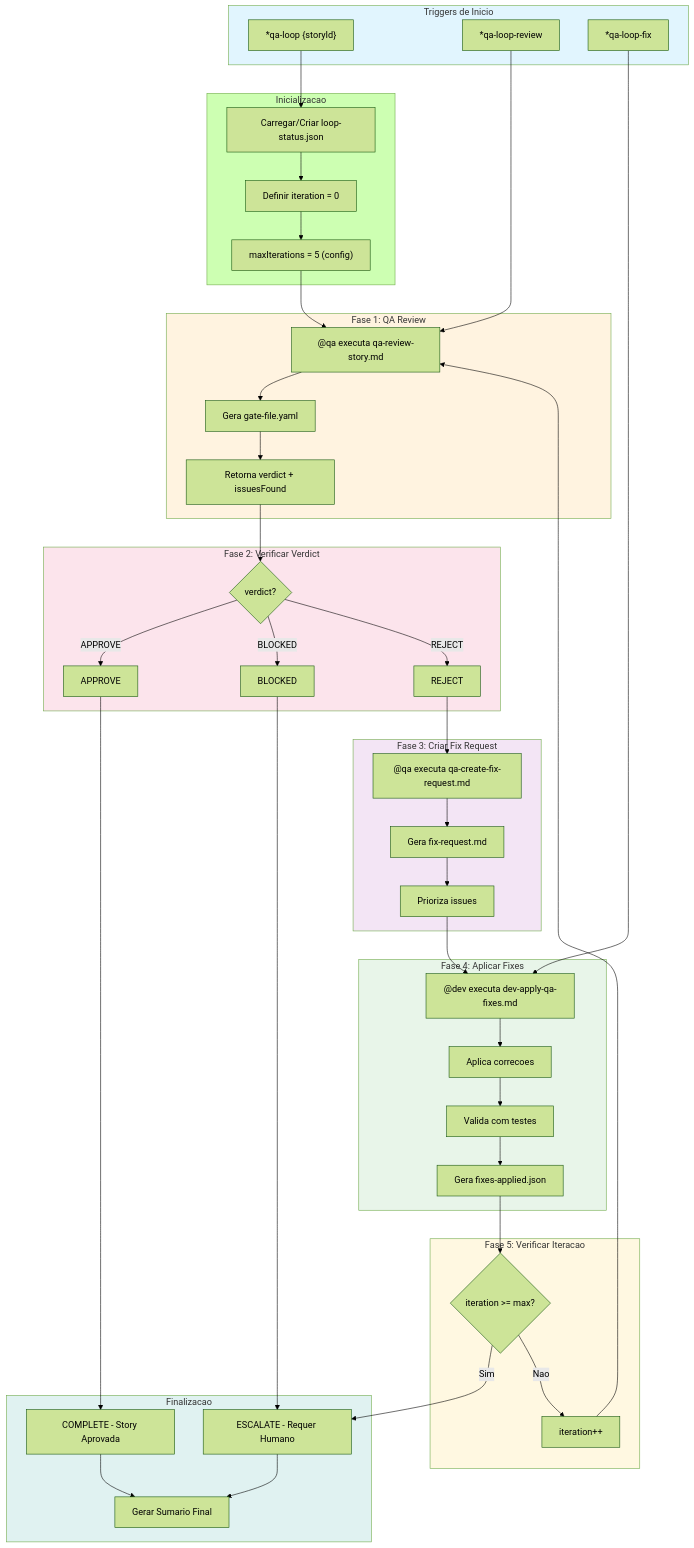
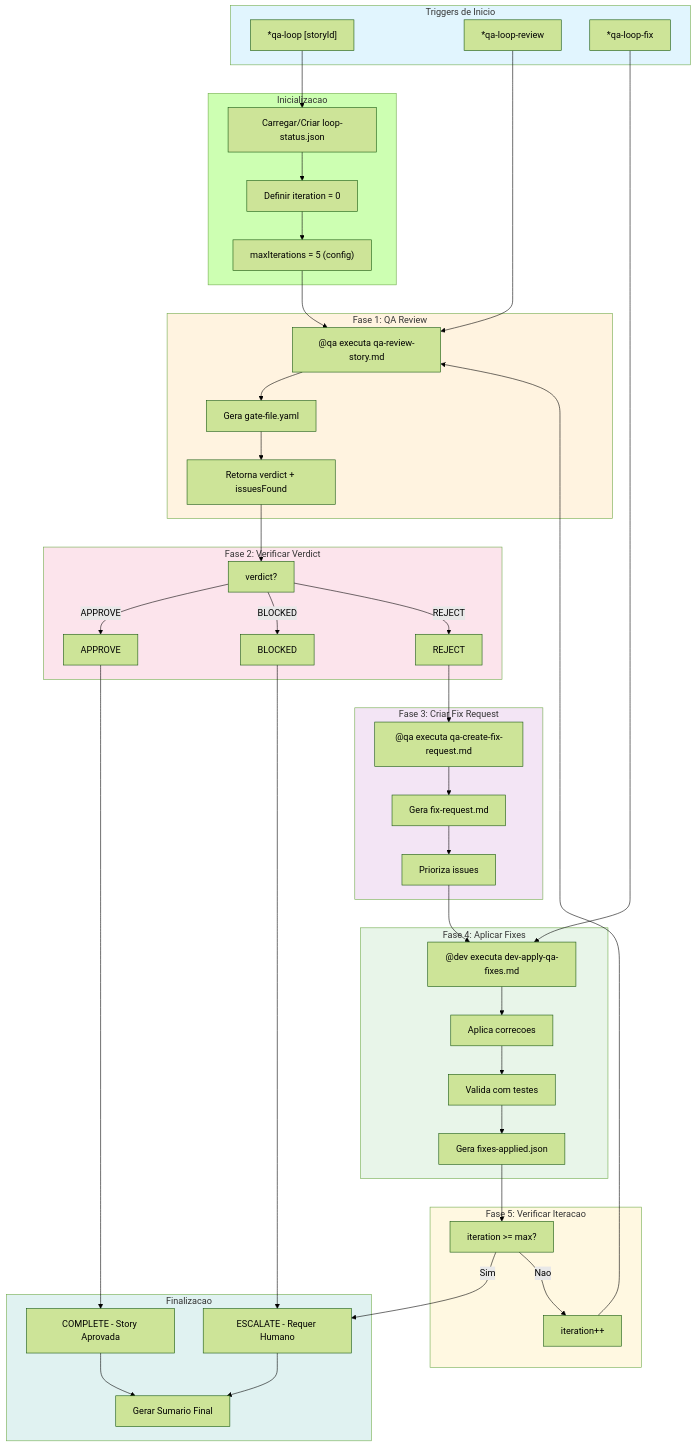
The first of 10 diagrams in content/en/docs/guides/workflows/QA-LOOP-WORKFLOW.mdx (bychrisr/aios-docs), drawn with Mermaid (forest theme) before and after one commit. The commit also changed other lines of this file and 40 other files, not shown here.

````diff
--- a/content/en/docs/guides/workflows/QA-LOOP-WORKFLOW.mdx
+++ b/content/en/docs/guides/workflows/QA-LOOP-WORKFLOW.mdx
@@ -64,7 +64,7 @@
 ```mermaid
 flowchart TD
     subgraph TRIGGER["Triggers de Inicio"]
-        T1["*qa-loop {storyId}"]
+        T1["*qa-loop [storyId]"]
         T2["*qa-loop-review"]
         T3["*qa-loop-fix"]
     end
@@ -82,7 +82,7 @@
     end
 
     subgraph CHECK["Fase 2: Verificar Verdict"]
-        C1{"verdict?"}
+        C1["verdict?"]
         C2["APPROVE"]
         C3["BLOCKED"]
         C4["REJECT"]
@@ -102,7 +102,7 @@
     end
 
     subgraph ITER["Fase 5: Verificar Iteracao"]
-        IT1{"iteration >= max?"}
+        IT1["iteration >= max?"]
         IT2["iteration++"]
     end
 
````
